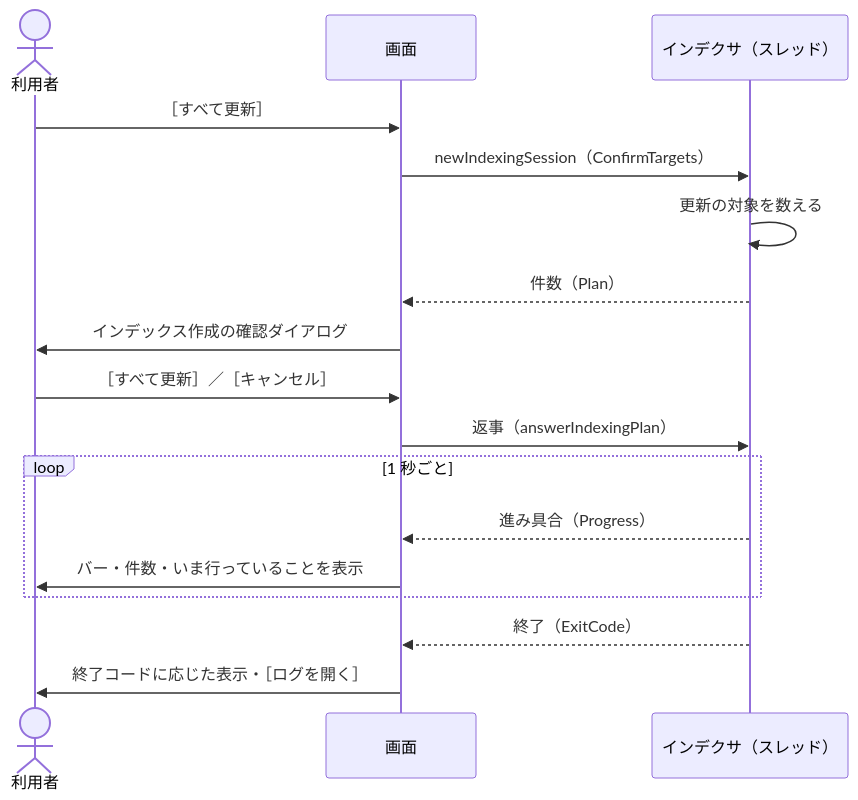
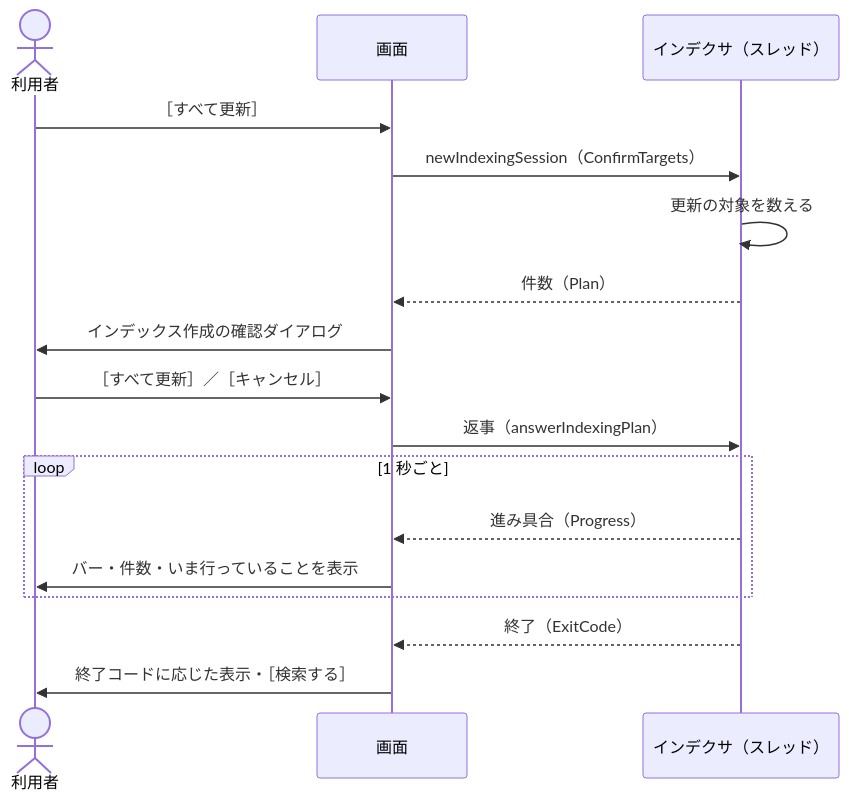
Before and after one commit to hsgwa/tebunko: the first of 2 diagrams in docs/design/gui/indexing-run.md, drawn with Mermaid. The commit also changed other lines of this file and 8 other files, not shown here.

````diff
--- a/docs/design/gui/indexing-run.md
+++ b/docs/design/gui/indexing-run.md
@@ -5,20 +5,20 @@
 ```mermaid
 sequenceDiagram
     actor U as 利用者
     participant G as 画面
     participant I as インデクサ（スレッド）
 
     U->>G: ［すべて更新］
     G->>I: newIndexingSession（ConfirmTargets）
     I->>I: 更新の対象を数える
     I-->>G: 件数（Plan）
     G->>U: インデックス作成の確認ダイアログ
     U->>G: ［すべて更新］／［キャンセル］
     G->>I: 返事（answerIndexingPlan）
     loop 1 秒ごと
         I-->>G: 進み具合（Progress）
         G->>U: バー・件数・いま行っていることを表示
     end
     I-->>G: 終了（ExitCode）
-    G->>U: 終了コードに応じた表示・［ログを開く］
+    G->>U: 終了コードに応じた表示・［検索する］
 ```
````
